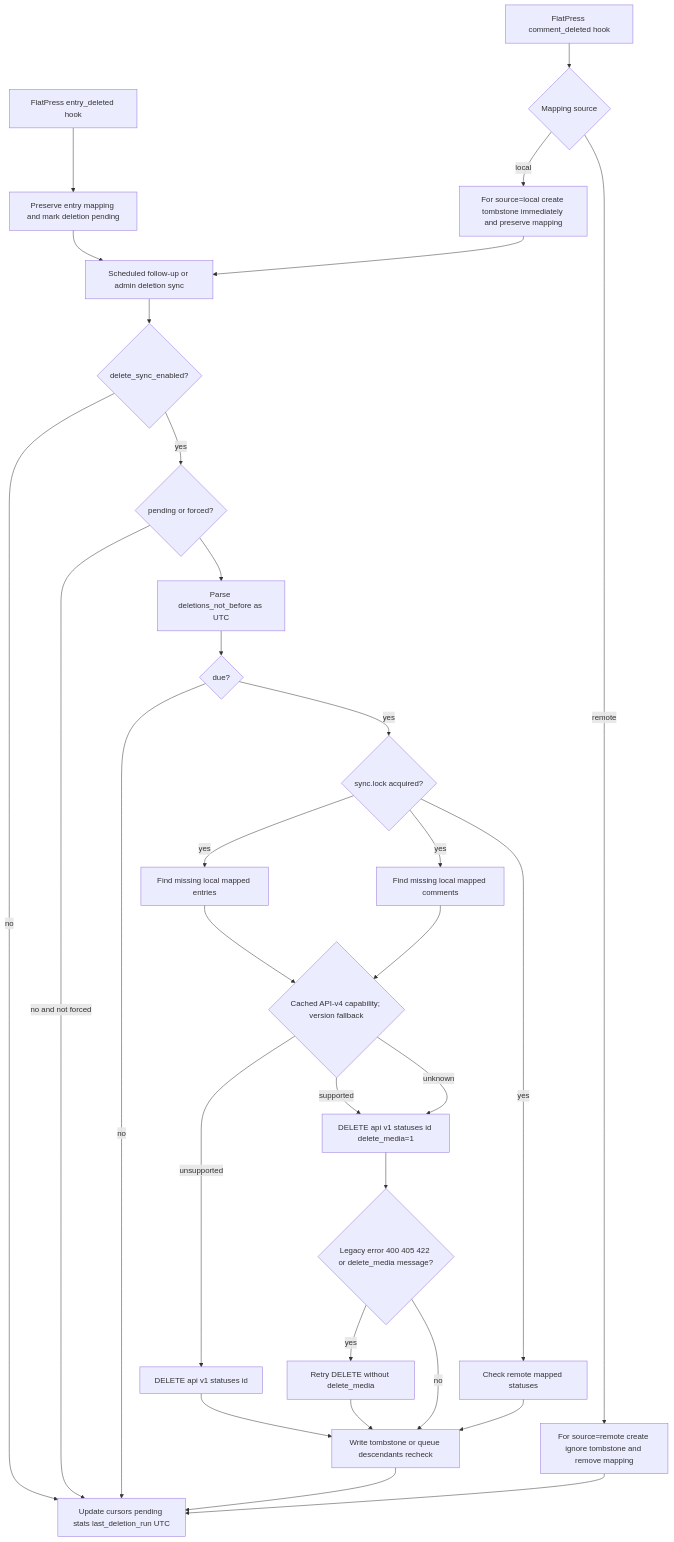
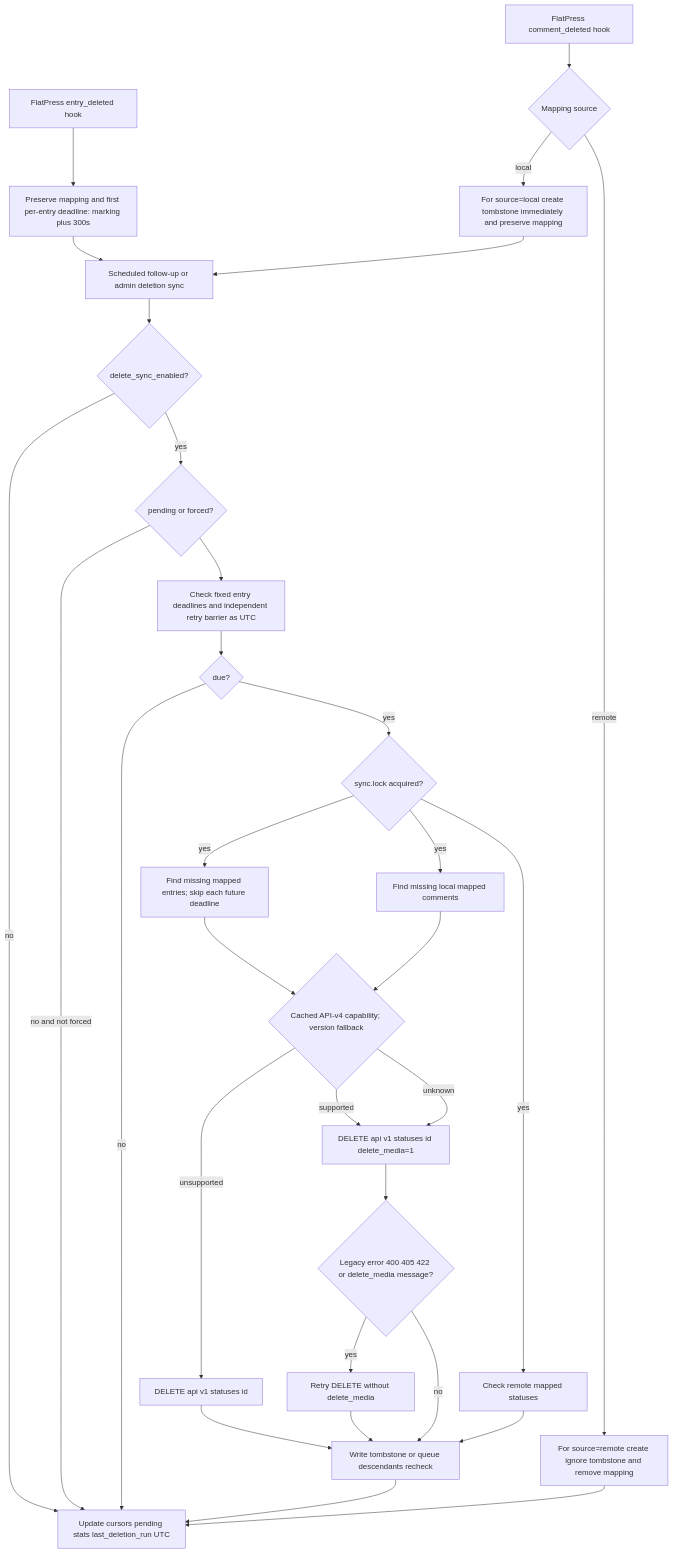
The seventh of 9 diagrams in fp-plugins/mastodon/developer-docs/01-Process-Map.md (flatpressblog/flatpress), drawn with Mermaid before and after one commit. The commit also changed other lines of this file and 10 other files, not shown here.

First line of the commit message:
Fix Mastodon deletion deadlines at five minutes after local marking

````diff
--- a/fp-plugins/mastodon/developer-docs/01-Process-Map.md
+++ b/fp-plugins/mastodon/developer-docs/01-Process-Map.md
@@ -293,49 +293,49 @@
 ```mermaid
 flowchart TD
 	EntryDelete[FlatPress entry_deleted hook]
-	EntryPending[Preserve entry mapping and mark deletion pending]
+	EntryPending[Preserve mapping and first per-entry deadline: marking plus 300s]
 	LocalDelete[FlatPress comment_deleted hook]
 	Source{Mapping source}
 	Immediate[For source=local create tombstone immediately and preserve mapping]
 	Ignore[For source=remote create ignore tombstone and remove mapping]
 	Start[Scheduled follow-up or admin deletion sync]
 	Enabled{delete_sync_enabled?}
 	Pending{pending or forced?}
-	UtcCooldown[Parse deletions_not_before as UTC]
+	UtcCooldown[Check fixed entry deadlines and independent retry barrier as UTC]
 	Due{due?}
 	Lock{sync.lock acquired?}
-	Entries[Find missing local mapped entries]
+	Entries[Find missing mapped entries; skip each future deadline]
 	Comments[Find missing local mapped comments]
 	RemoteMissing[Check remote mapped statuses]
 	Version{Cached API-v4 capability; version fallback}
 	Old[DELETE api v1 statuses id]
 	New[DELETE api v1 statuses id delete_media=1]
 	Retry{Legacy error 400 405 422 or delete_media message?}
 	RetryOld[Retry DELETE without delete_media]
 	Tombstone[Write tombstone or queue descendants recheck]
 	State[Update cursors pending stats last_deletion_run UTC]
 
 	EntryDelete --> EntryPending --> Start
 	LocalDelete --> Source
 	Source -- local --> Immediate --> Start
 	Source -- remote --> Ignore --> State
 	Start --> Enabled
 	Enabled -- no --> State
 	Enabled -- yes --> Pending
 	Pending -- no and not forced --> State
 	Pending --> UtcCooldown --> Due
 	Due -- no --> State
 	Due -- yes --> Lock
 	Lock -- yes --> Entries --> Version
 	Lock -- yes --> Comments --> Version
 	Lock -- yes --> RemoteMissing --> Tombstone
 	Version -- unsupported --> Old
 	Version -- supported --> New
 	Version -- unknown --> New
 	New --> Retry
 	Retry -- yes --> RetryOld
 	Retry -- no --> Tombstone
 	Old --> Tombstone
 	RetryOld --> Tombstone
 	Tombstone --> State
 ```
````
